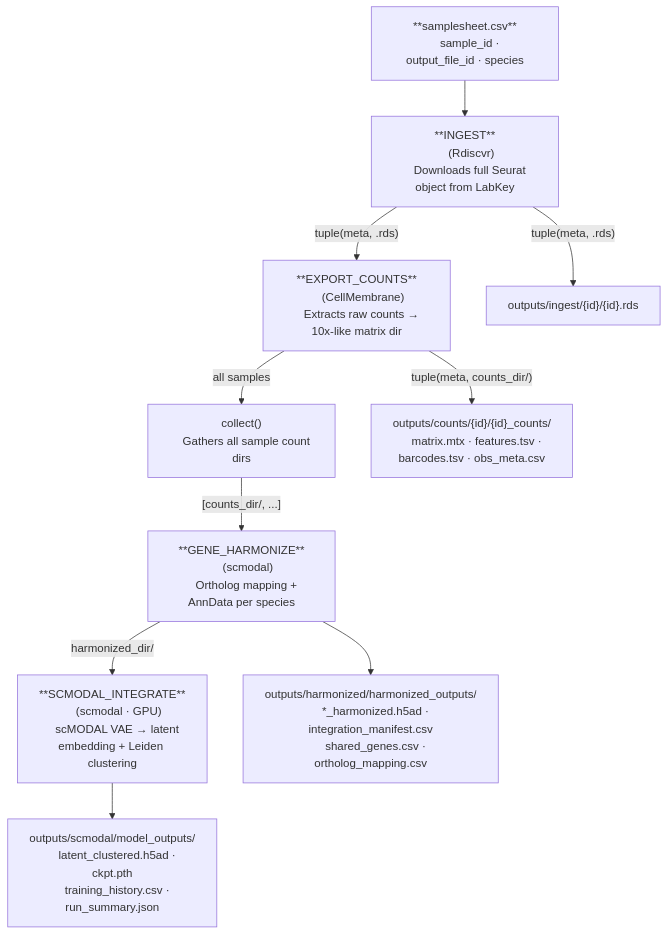
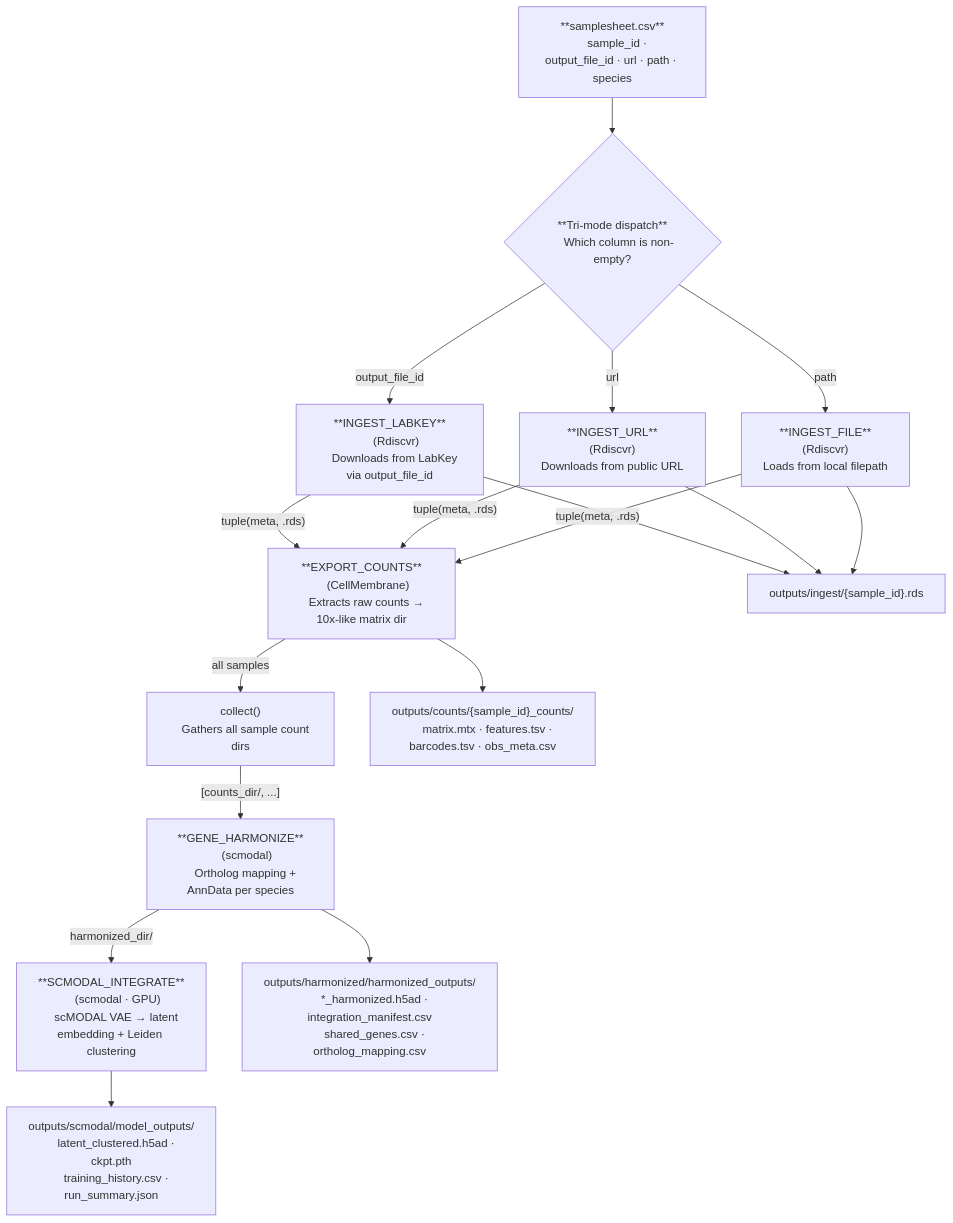
The diagram in docs/workflows/integration-pipeline.md (GWMcElfresh/GoodWorkflows), drawn with Mermaid before and after one commit. The commit also changed other lines of this file and 16 other files, not shown here.

````diff
--- a/docs/workflows/integration-pipeline.md
+++ b/docs/workflows/integration-pipeline.md
@@ -15,44 +15,62 @@
 ```mermaid
 flowchart TD
     SS["**samplesheet.csv**
-    sample_id · output_file_id · species"]
+    sample_id · output_file_id · url · path · species"]
 
-    INGEST["**INGEST**
+    DISPATCH{"**Tri-mode dispatch**
+    Which column is non-empty?"}
+    INGEST_LABKEY["**INGEST_LABKEY**
     (Rdiscvr)
-    Downloads full Seurat object from LabKey"]
+    Downloads from LabKey via output_file_id"]
+    INGEST_URL["**INGEST_URL**
+    (Rdiscvr)
+    Downloads from public URL"]
+    INGEST_FILE["**INGEST_FILE**
+    (Rdiscvr)
+    Loads from local filepath"]
 
     EXPORT_COUNTS["**EXPORT_COUNTS**
     (CellMembrane)
     Extracts raw counts → 10x-like matrix dir"]
 
     COLLECT["collect()
     Gathers all sample count dirs"]
 
     GENE_HARMONIZE["**GENE_HARMONIZE**
     (scmodal)
     Ortholog mapping + AnnData per species"]
 
     SCMODAL["**SCMODAL_INTEGRATE**
     (scmodal · GPU)
     scMODAL VAE → latent embedding + Leiden clustering"]
 
-    OUT_RDS["outputs/ingest/{id}/{id}.rds"]
-    OUT_COUNTS["outputs/counts/{id}/{id}_counts/
+    SS --> DISPATCH
+    DISPATCH -->|"output_file_id"| INGEST_LABKEY
+    DISPATCH -->|"url"| INGEST_URL
+    DISPATCH -->|"path"| INGEST_FILE
+    INGEST_LABKEY -->|"tuple(meta, .rds)"| EXPORT_COUNTS
+    INGEST_URL -->|"tuple(meta, .rds)"| EXPORT_COUNTS
+    INGEST_FILE -->|"tuple(meta, .rds)"| EXPORT_COUNTS
+    EXPORT_COUNTS -->|"all samples"| COLLECT
+    COLLECT -->|"[counts_dir/, ...]"| GENE_HARMONIZE
+    GENE_HARMONIZE -->|"harmonized_dir/"| SCMODAL
+
+    OUT_RDS["outputs/ingest/{sample_id}.rds"]
+    INGEST_LABKEY --> OUT_RDS
+    INGEST_URL --> OUT_RDS
+    INGEST_FILE --> OUT_RDS
+
+    OUT_COUNTS["outputs/counts/{sample_id}_counts/
     matrix.mtx · features.tsv · barcodes.tsv · obs_meta.csv"]
+    EXPORT_COUNTS --> OUT_COUNTS
+
     OUT_HARM["outputs/harmonized/harmonized_outputs/
     *_harmonized.h5ad · integration_manifest.csv
     shared_genes.csv · ortholog_mapping.csv"]
+    GENE_HARMONIZE --> OUT_HARM
+
     OUT_MODEL["outputs/scmodal/model_outputs/
     latent_clustered.h5ad · ckpt.pth
     training_history.csv · run_summary.json"]
-
-    SS --> INGEST
-    INGEST -->|"tuple(meta, .rds)"| OUT_RDS
-    INGEST -->|"tuple(meta, .rds)"| EXPORT_COUNTS
-    EXPORT_COUNTS -->|"tuple(meta, counts_dir/)"| OUT_COUNTS
-    EXPORT_COUNTS -->|"all samples"| COLLECT
-    COLLECT -->|"[counts_dir/, ...]"| GENE_HARMONIZE
-    GENE_HARMONIZE --> OUT_HARM
-    GENE_HARMONIZE -->|"harmonized_dir/"| SCMODAL
     SCMODAL --> OUT_MODEL
 ```
````
